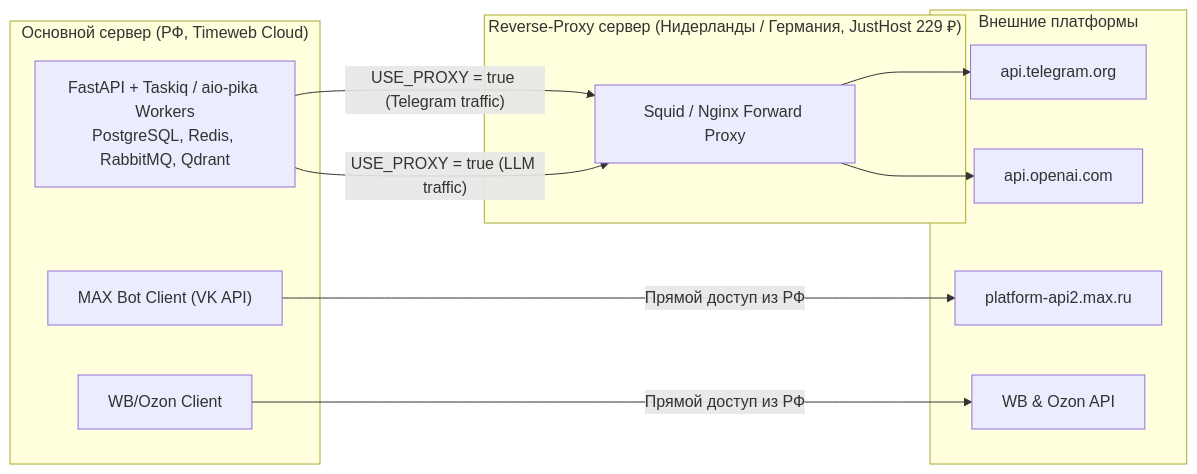
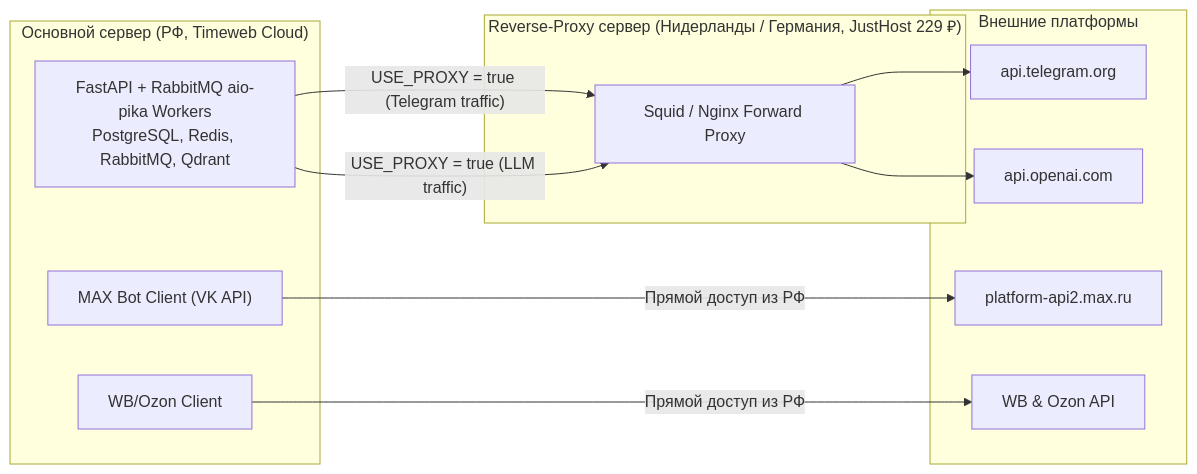
One commit to denis201520182022/Marketplace_AI_agent changed the second of 6 diagrams in docs/SPECIFICATION.md. Above: the diagram before and after it, drawn with Mermaid. The commit also changed other lines of this file and 41 other files, not shown here.

````diff
--- a/docs/SPECIFICATION.md
+++ b/docs/SPECIFICATION.md
@@ -100,24 +100,24 @@
 ```mermaid
 flowchart LR
     subgraph Russia["Основной сервер (РФ, Timeweb Cloud)"]
-        CoreApp["FastAPI + Taskiq / aio-pika Workers\nPostgreSQL, Redis, RabbitMQ, Qdrant"]
+        CoreApp["FastAPI + RabbitMQ aio-pika Workers\nPostgreSQL, Redis, RabbitMQ, Qdrant"]
         MaxClient["MAX Bot Client (VK API)"]
         WBClient["WB/Ozon Client"]
     end
 
     subgraph Europe["Reverse-Proxy сервер (Нидерланды / Германия, JustHost 229 ₽)"]
         ProxyDaemon["Squid / Nginx Forward Proxy"]
     end
 
     subgraph ExternalServices["Внешние платформы"]
         TG_API["api.telegram.org"]
         OpenAI_API["api.openai.com"]
         MAX_API["platform-api2.max.ru"]
         Mkt_API["WB & Ozon API"]
     end
 
     CoreApp -- "USE_PROXY = true (Telegram traffic)" --> ProxyDaemon --> TG_API
     CoreApp -- "USE_PROXY = true (LLM traffic)" --> ProxyDaemon --> OpenAI_API
     MaxClient -- "Прямой доступ из РФ" --> MAX_API
     WBClient -- "Прямой доступ из РФ" --> Mkt_API
 ```
````
